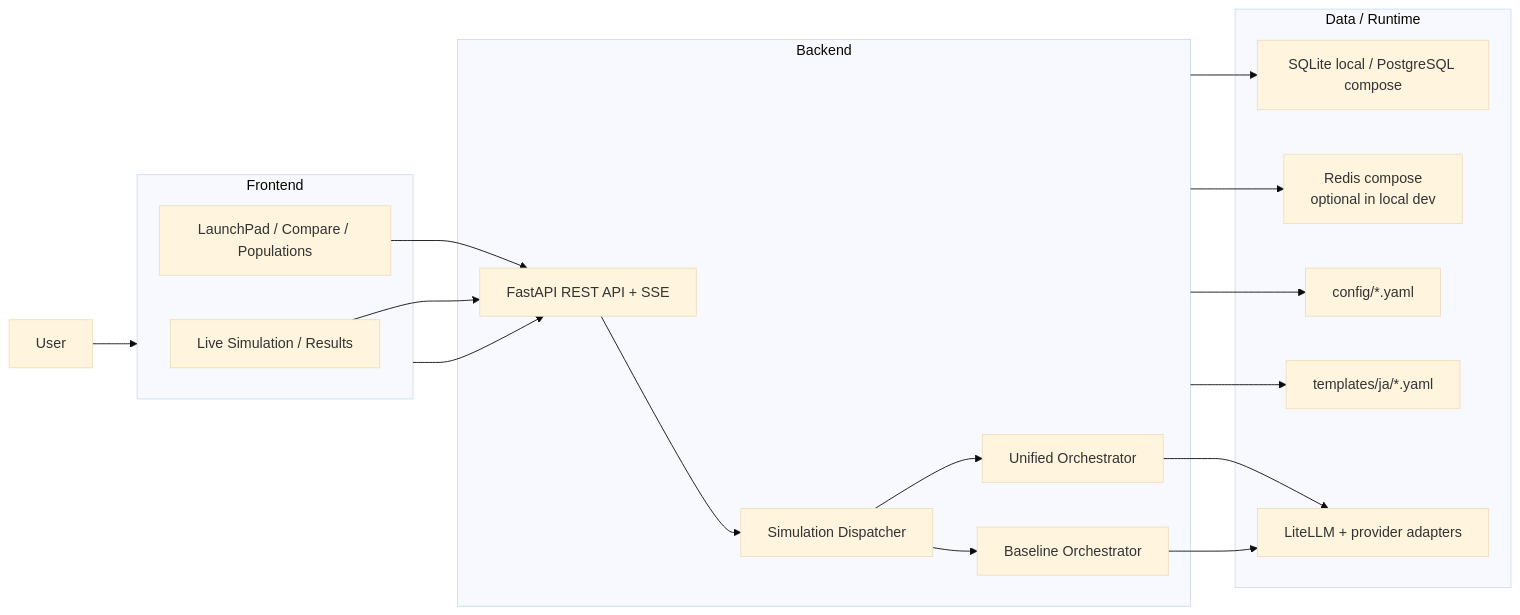
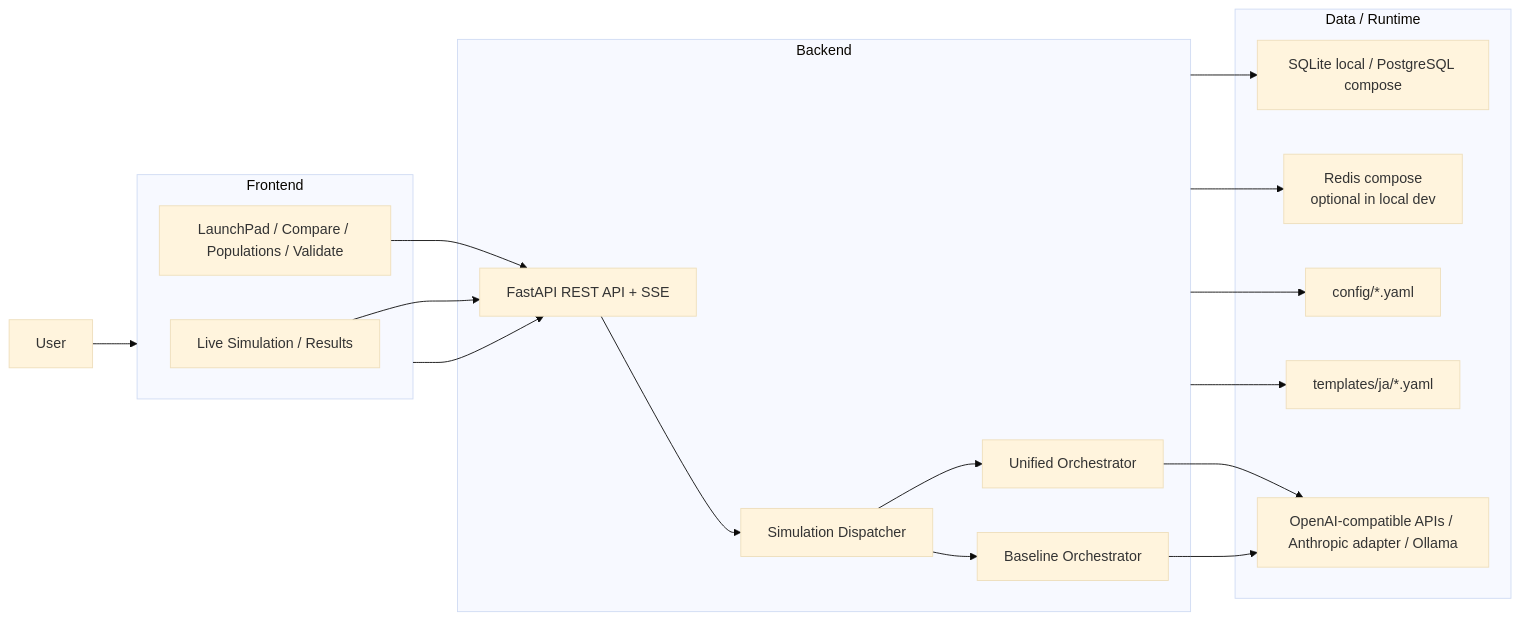
The second of 3 diagrams in README.en.md (usagi917/agoraAI), drawn with Mermaid (base theme) before and after one commit. The commit also changed other lines of this file and 1 other file, not shown here.

````diff
--- a/README.en.md
+++ b/README.en.md
@@ -107,37 +112,37 @@
 ```mermaid
 flowchart LR
     User["User"] --> Frontend
 
     subgraph Frontend["Frontend"]
-        LaunchPad["LaunchPad / Compare / Populations"]
+        LaunchPad["LaunchPad / Compare / Populations / Validate"]
         LiveUI["Live Simulation / Results"]
     end
 
     subgraph Backend["Backend"]
         API["FastAPI REST API + SSE"]
         Dispatcher["Simulation Dispatcher"]
         Unified["Unified Orchestrator"]
         Baseline["Baseline Orchestrator"]
     end
 
     subgraph Runtime["Data / Runtime"]
         DB["SQLite local / PostgreSQL compose"]
         Redis["Redis compose<br/>optional in local dev"]
         Config["config/*.yaml"]
         Templates["templates/ja/*.yaml"]
-        LLM["LiteLLM + provider adapters"]
+        LLM["OpenAI-compatible APIs / Anthropic adapter / Ollama"]
     end
 
     Frontend --> API
     LaunchPad --> API
     LiveUI --> API
     API --> Dispatcher
     Dispatcher --> Unified
     Dispatcher --> Baseline
     Backend --> DB
     Backend --> Redis
     Backend --> Config
     Backend --> Templates
     Unified --> LLM
     Baseline --> LLM
 ```
````
